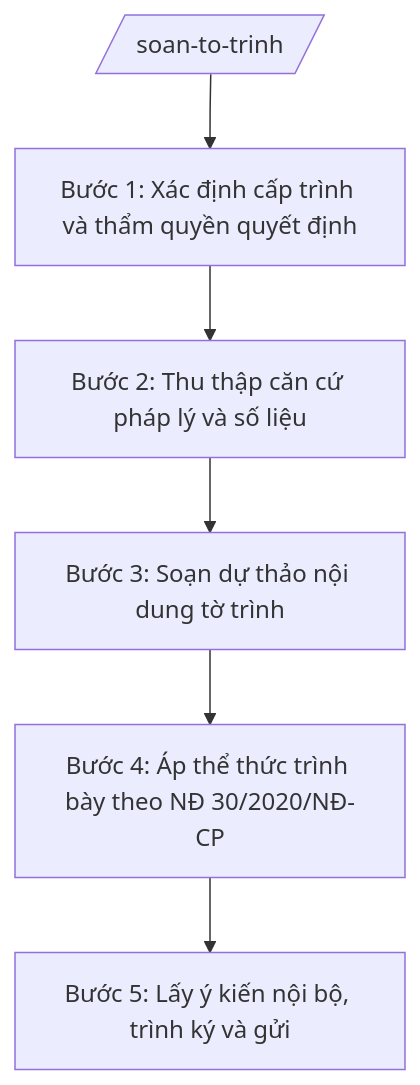
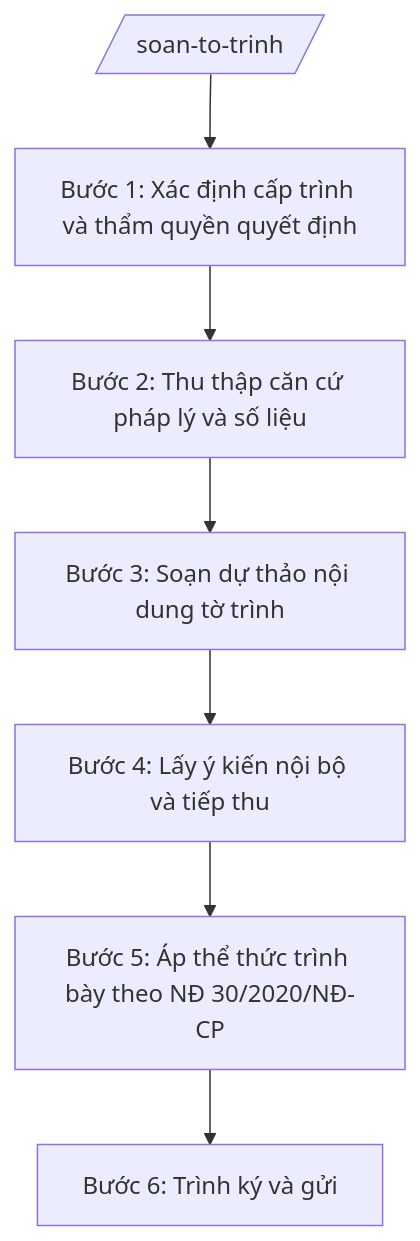
The diagram in skills/soan-to-trinh/SKILL.md (phamtruong91/gov-skills-framework), drawn with Mermaid before and after one commit. The commit also changed other lines of this file and 235 other files, not shown here.

````diff
--- a/skills/soan-to-trinh/SKILL.md
+++ b/skills/soan-to-trinh/SKILL.md
@@ -77,9 +88,10 @@
 ```mermaid
 flowchart TD
     IN[/"soan-to-trinh"/]
     IN --> B1["Bước 1: Xác định cấp trình và thẩm quyền quyết định"]
     B1 --> B2["Bước 2: Thu thập căn cứ pháp lý và số liệu"]
     B2 --> B3["Bước 3: Soạn dự thảo nội dung tờ trình"]
-    B3 --> B4["Bước 4: Áp thể thức trình bày theo NĐ 30/2020/NĐ-CP"]
-    B4 --> B5["Bước 5: Lấy ý kiến nội bộ, trình ký và gửi"]
+    B3 --> B4["Bước 4: Lấy ý kiến nội bộ và tiếp thu"]
+    B4 --> B5["Bước 5: Áp thể thức trình bày theo NĐ 30/2020/NĐ-CP"]
+    B5 --> B6["Bước 6: Trình ký và gửi"]
 ```
````
